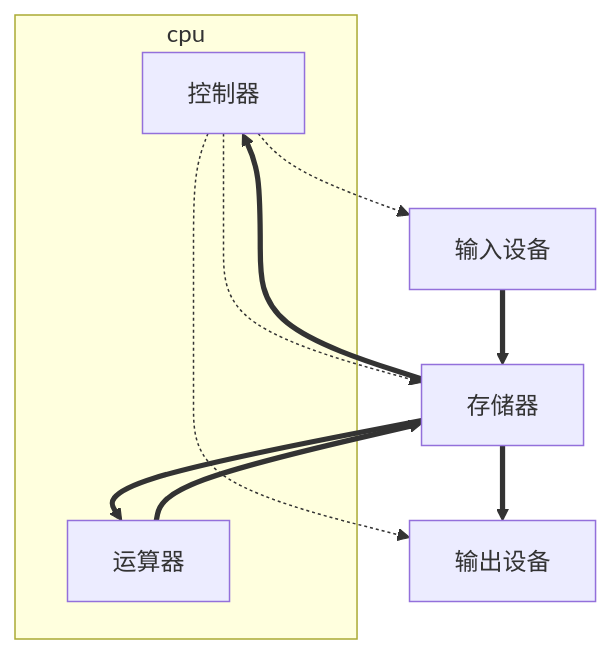
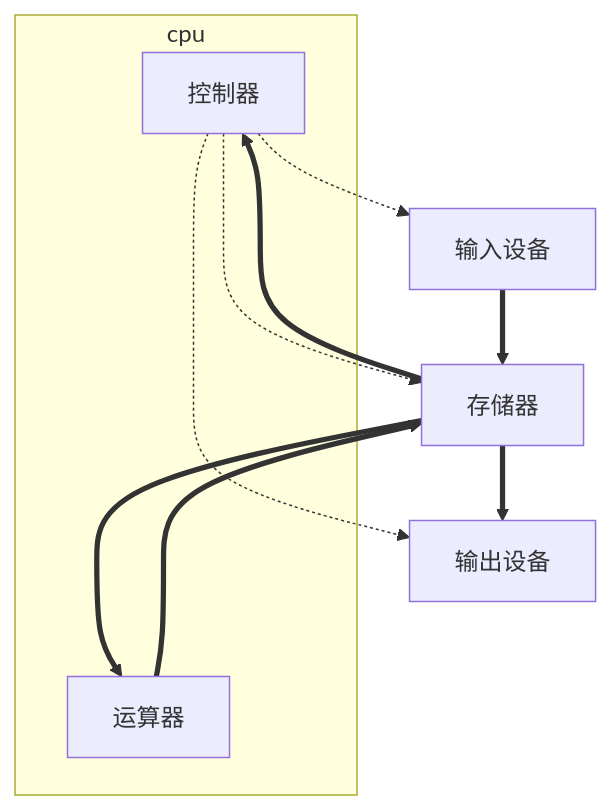
The first of 4 diagrams in 计算机操作系统原理.md (1216892614/Learning_notes), drawn with Mermaid before and after one commit. The commit also changed other lines of this file and 4 other files, not shown here.

````diff
--- a/计算机操作系统原理.md
+++ b/计算机操作系统原理.md
@@ -19,15 +19,15 @@
 ```mermaid
 graph TD;
 subgraph cpu
 id5
 id4
 end
 id5-.->id2
 id5-.->id3
 id5-.->id1
 id1[输入设备]==>id2[存储器]
 id2==>id3[输出设备]
 id4[运算器]==>id2
-id2==>id4
+id2===>id4
 id2==>id5[控制器]
 ```
````
